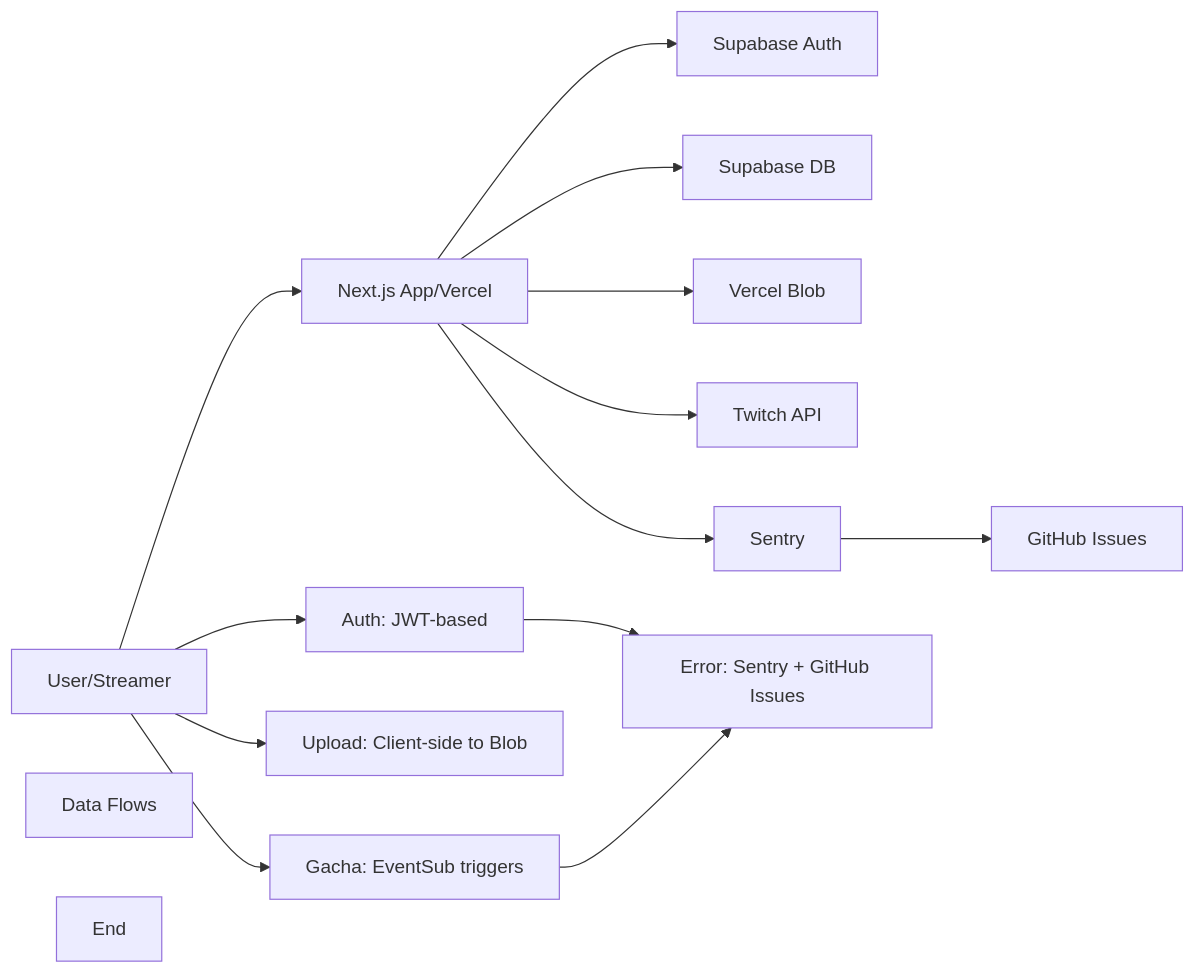
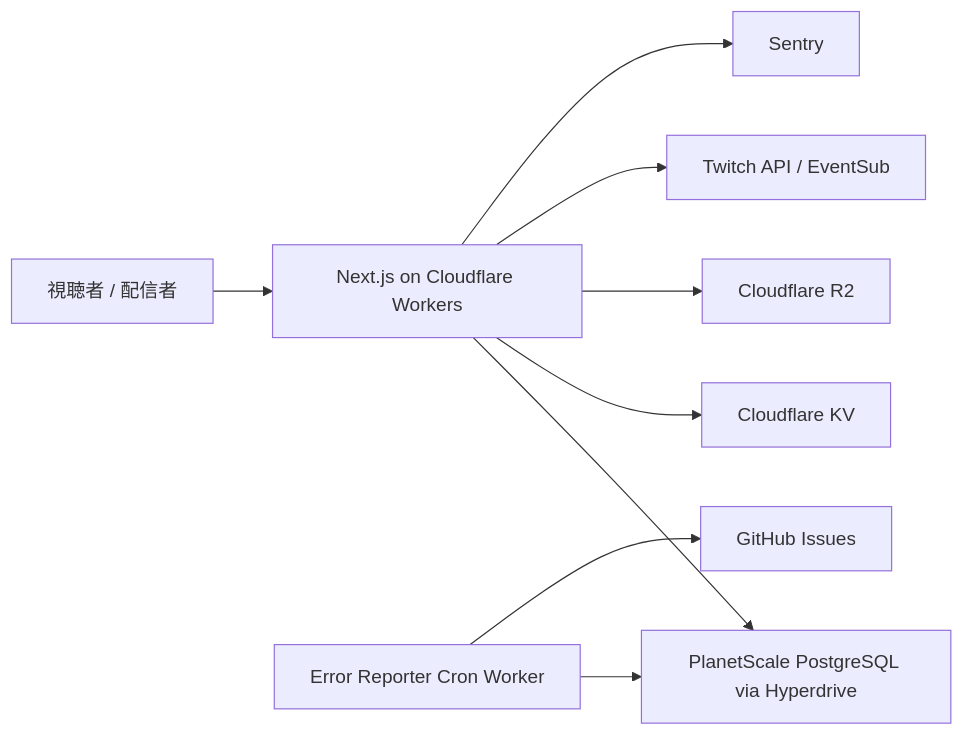
One commit to azumag/twica changed the diagram in README.md. Above: the diagram before and after it, drawn with Mermaid. The commit also changed other lines of this file and 196 other files, not shown here.

````diff
--- a/README.md
+++ b/README.md
@@ -112,23 +9,11 @@
 ```mermaid
-graph LR
-    User[User/Streamer] --> NextJS[Next.js App/Vercel]
-    NextJS --> SupabaseAuth[Supabase Auth]
-    NextJS --> SupabaseDB[Supabase DB]
-    NextJS --> VercelBlob[Vercel Blob]
-    NextJS --> Twitch[Twitch API]
-    NextJS --> Sentry[Sentry]
-    Sentry --> GitHub[GitHub Issues]
-
-    Subgraph[Data Flows]
-    AuthFlow[Auth: JWT-based]
-    UploadFlow[Upload: Client-side to Blob]
-    GachaFlow[Gacha: EventSub triggers]
-    ErrorTracking[Error: Sentry + GitHub Issues]
-    End
-
-    User --> AuthFlow
-    User --> UploadFlow
-    User --> GachaFlow
-    AuthFlow --> ErrorTracking
-    GachaFlow --> ErrorTracking
+flowchart LR
+  Viewer[視聴者 / 配信者] --> App[Next.js on Cloudflare Workers]
+  App --> DB[PlanetScale PostgreSQL via Hyperdrive]
+  App --> KV[Cloudflare KV]
+  App --> R2[Cloudflare R2]
+  App --> Twitch[Twitch API / EventSub]
+  App --> Sentry[Sentry]
+  Reporter[Error Reporter Cron Worker] --> DB
+  Reporter --> GitHub[GitHub Issues]
 ```
````
